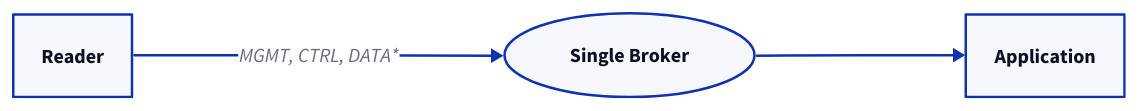
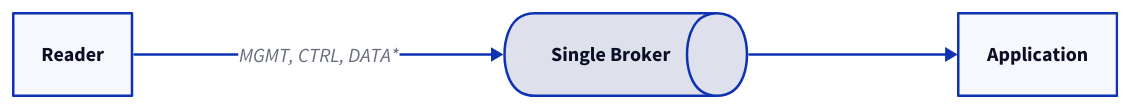
The first of 3 diagrams in docs/infrastructure/endpoints/multi-endpoint.md (admiral-ai/zebra-handheld-rfid-iotc), drawn with D2 before and after one commit. The commit also changed other lines of this file and 40 other files, not shown here.

First line of the commit message:
Redesign all 54 D2 diagrams to a unified visual system

````diff
--- a/docs/infrastructure/endpoints/multi-endpoint.md
+++ b/docs/infrastructure/endpoints/multi-endpoint.md
@@ -16,8 +16,9 @@
 ```d2
 direction: right
 R: Reader
-B: Single Broker { shape: oval }
+B: Single Broker { shape: queue }
 A: Application
 R -> B: "MGMT, CTRL, DATA*"
 B -> A
+
 ```
````
